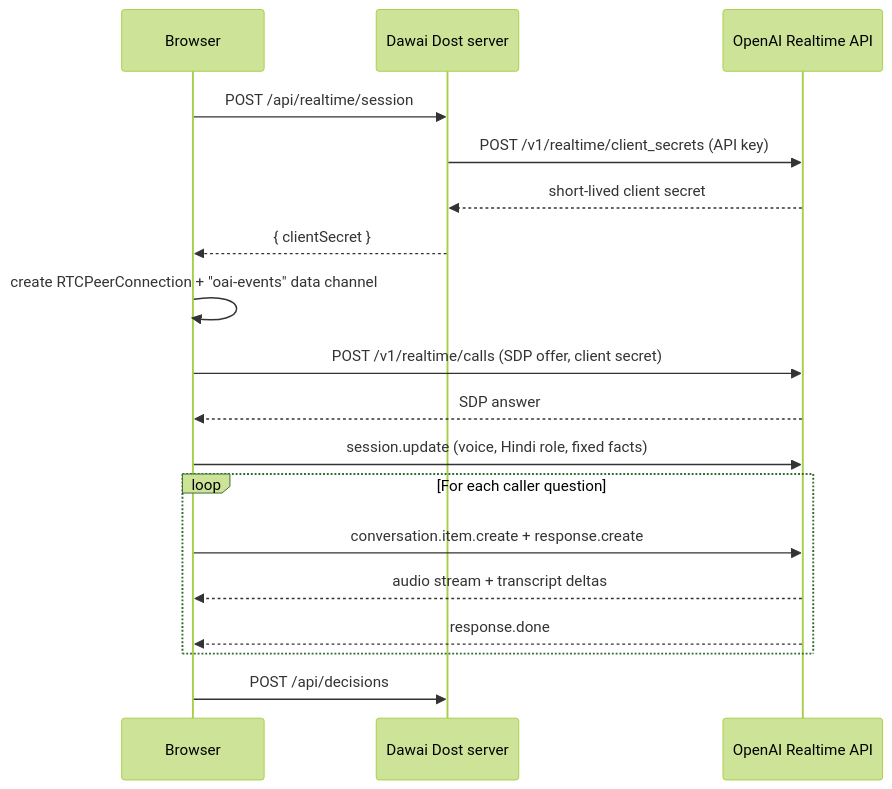
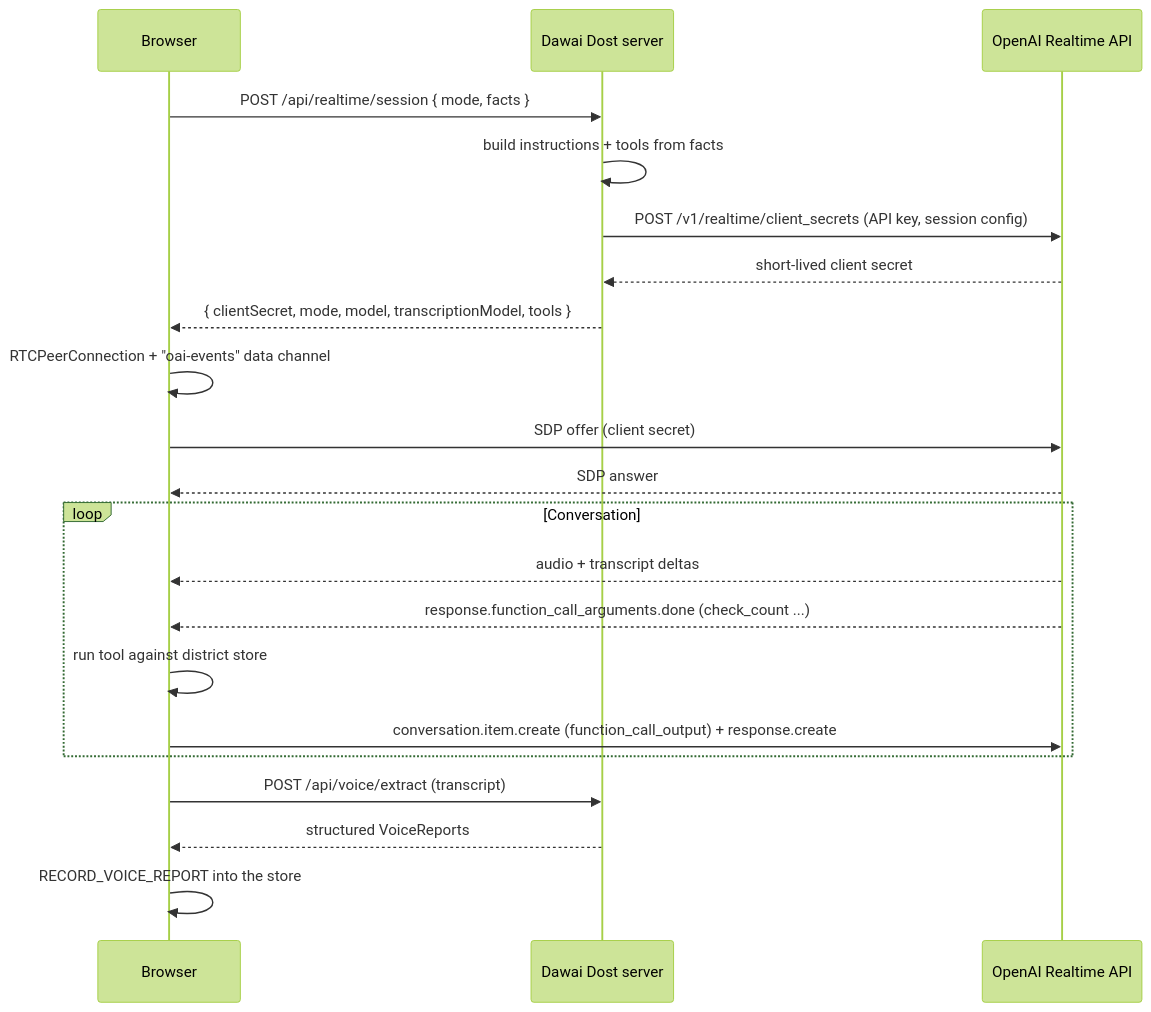
One commit to RahilKothari9/DawaiDost changed the diagram in docs/openai/realtime-api.md. Above: the diagram before and after it, drawn with Mermaid (forest theme). The commit also changed other lines of this file and 2 other files, not shown here.

Commit message:
docs: document three Realtime voice modes, tool calls, extraction, gloss, and voice notes

````diff
--- a/docs/openai/realtime-api.md
+++ b/docs/openai/realtime-api.md
@@ -17,20 +47,23 @@
 ```mermaid
 sequenceDiagram
     participant B as Browser
     participant S as Dawai Dost server
     participant O as OpenAI Realtime API
-    B->>S: POST /api/realtime/session
-    S->>O: POST /v1/realtime/client_secrets (API key)
+    B->>S: POST /api/realtime/session { mode, facts }
+    S->>S: build instructions + tools from facts
+    S->>O: POST /v1/realtime/client_secrets (API key, session config)
     O-->>S: short-lived client secret
-    S-->>B: { clientSecret }
-    B->>B: create RTCPeerConnection + "oai-events" data channel
-    B->>O: POST /v1/realtime/calls (SDP offer, client secret)
+    S-->>B: { clientSecret, mode, model, transcriptionModel, tools }
+    B->>B: RTCPeerConnection + "oai-events" data channel
+    B->>O: SDP offer (client secret)
     O-->>B: SDP answer
-    B->>O: session.update (voice, Hindi role, fixed facts)
-    loop For each caller question
-        B->>O: conversation.item.create + response.create
-        O-->>B: audio stream + transcript deltas
-        O-->>B: response.done
+    loop Conversation
+        O-->>B: audio + transcript deltas
+        O-->>B: response.function_call_arguments.done (check_count ...)
+        B->>B: run tool against district store
+        B->>O: conversation.item.create (function_call_output) + response.create
     end
-    B->>S: POST /api/decisions
+    B->>S: POST /api/voice/extract (transcript)
+    S-->>B: structured VoiceReports
+    B->>B: RECORD_VOICE_REPORT into the store
 ```
````
